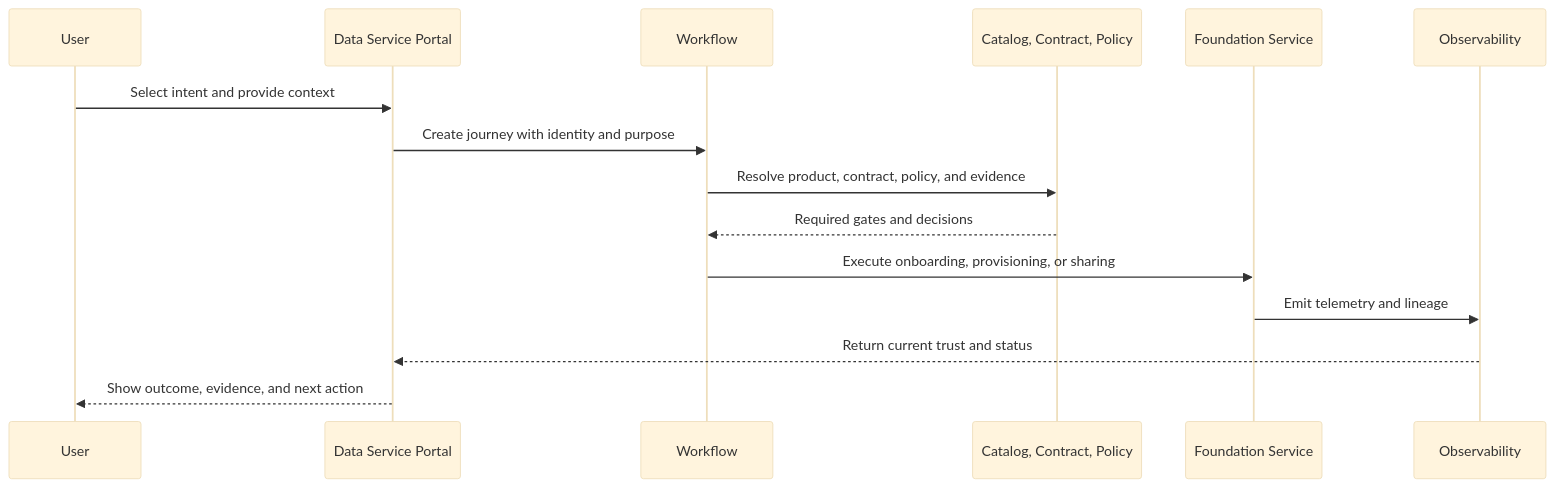
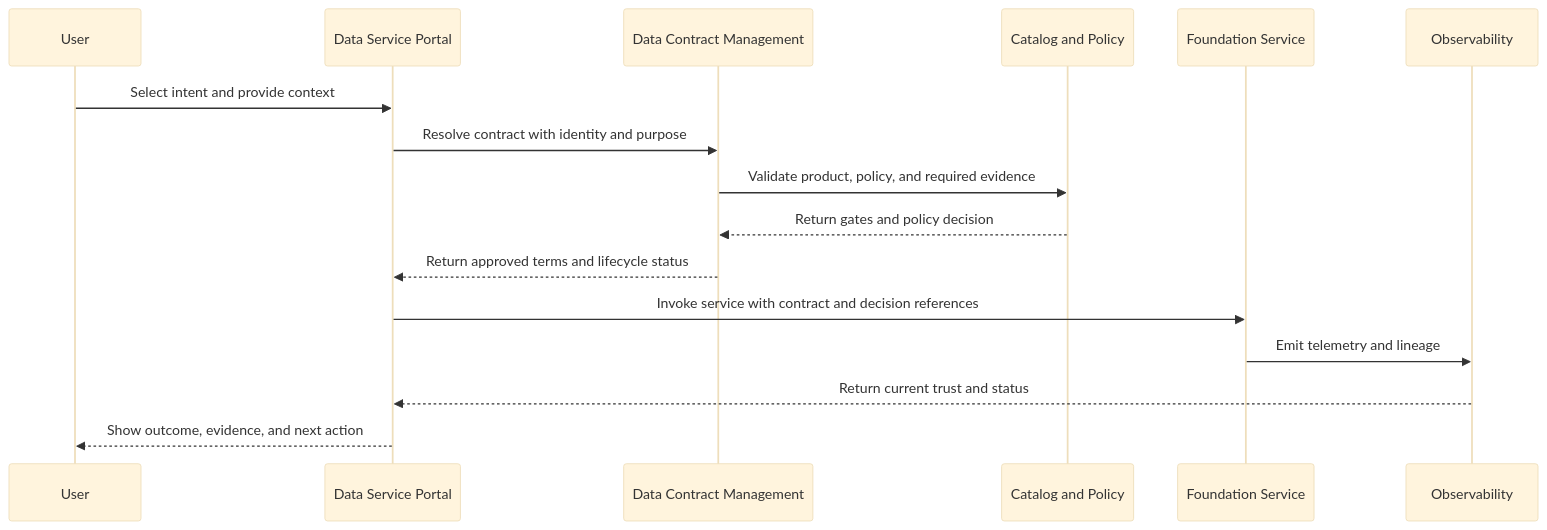
Before and after one commit to cong78/data-foundation-architecture: the fourth of 4 diagrams in docs/architecture/data-service-portal-model.md, drawn with Mermaid (base theme). The commit also changed other lines of this file and 1 other file, not shown here.

Commit message:
Consolidate portal flows under data contracts

````diff
--- a/docs/architecture/data-service-portal-model.md
+++ b/docs/architecture/data-service-portal-model.md
@@ -163,18 +161,19 @@
 ```mermaid
 sequenceDiagram
     participant User
     participant Portal as Data Service Portal
-    participant Flow as Workflow
-    participant Control as Catalog, Contract, Policy
+    participant Contract as Data Contract Management
+    participant Control as Catalog and Policy
     participant Runtime as Foundation Service
     participant Observe as Observability
 
     User->>Portal: Select intent and provide context
-    Portal->>Flow: Create journey with identity and purpose
-    Flow->>Control: Resolve product, contract, policy, and evidence
-    Control-->>Flow: Required gates and decisions
-    Flow->>Runtime: Execute onboarding, provisioning, or sharing
+    Portal->>Contract: Resolve contract with identity and purpose
+    Contract->>Control: Validate product, policy, and required evidence
+    Control-->>Contract: Return gates and policy decision
+    Contract-->>Portal: Return approved terms and lifecycle status
+    Portal->>Runtime: Invoke service with contract and decision references
     Runtime->>Observe: Emit telemetry and lineage
     Observe-->>Portal: Return current trust and status
     Portal-->>User: Show outcome, evidence, and next action
 ```
````
